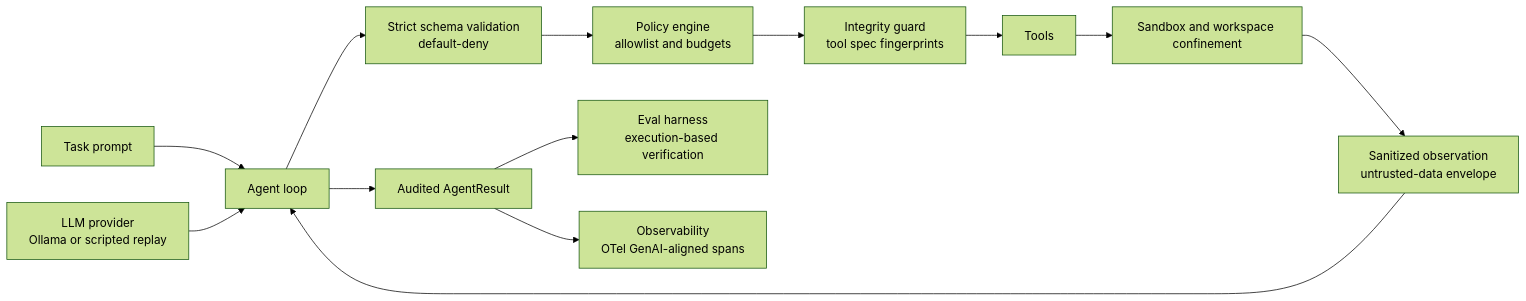
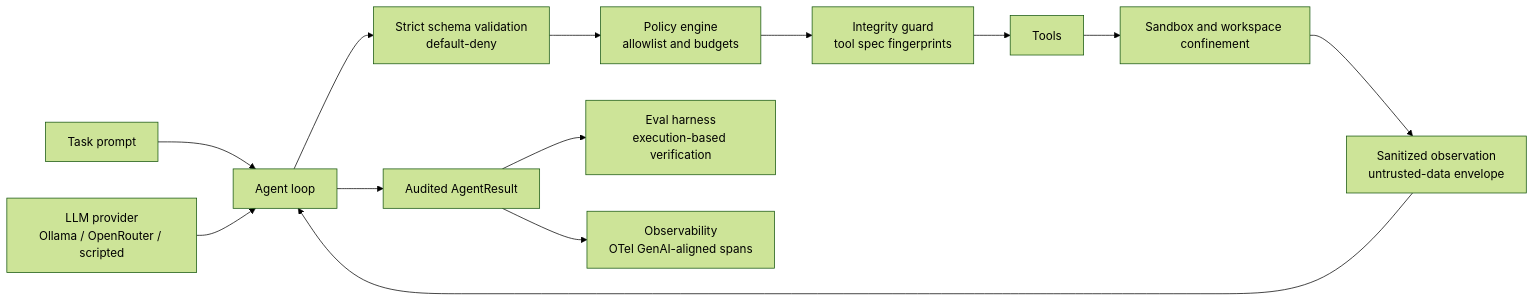
The diagram in README.md (Venomous-101/Praetor), drawn with Mermaid (forest theme) before and after one commit. The commit also changed other lines of this file and 8 other files, not shown here.

Commit message:
feat: OpenRouter provider (any OpenAI-compatible API) + PyPI trusted-publishing pipeline; v0.3.0 as praetor-agent

````diff
--- a/README.md
+++ b/README.md
@@ -26,15 +27,15 @@
 ```mermaid
 flowchart LR
     T[Task prompt] --> A[Agent loop]
-    P[LLM provider<br/>Ollama or scripted replay] --> A
+    P[LLM provider<br/>Ollama / OpenRouter / scripted] --> A
     A --> V[Strict schema validation<br/>default-deny]
     V --> PL[Policy engine<br/>allowlist and budgets]
     PL --> G[Integrity guard<br/>tool spec fingerprints]
     G --> TOOLS[Tools]
     TOOLS --> SB[Sandbox and workspace confinement]
     SB --> OBS[Sanitized observation<br/>untrusted-data envelope]
     OBS --> A
     A --> R[Audited AgentResult]
     R --> E[Eval harness<br/>execution-based verification]
     R --> O[Observability<br/>OTel GenAI-aligned spans]
 ```
````
